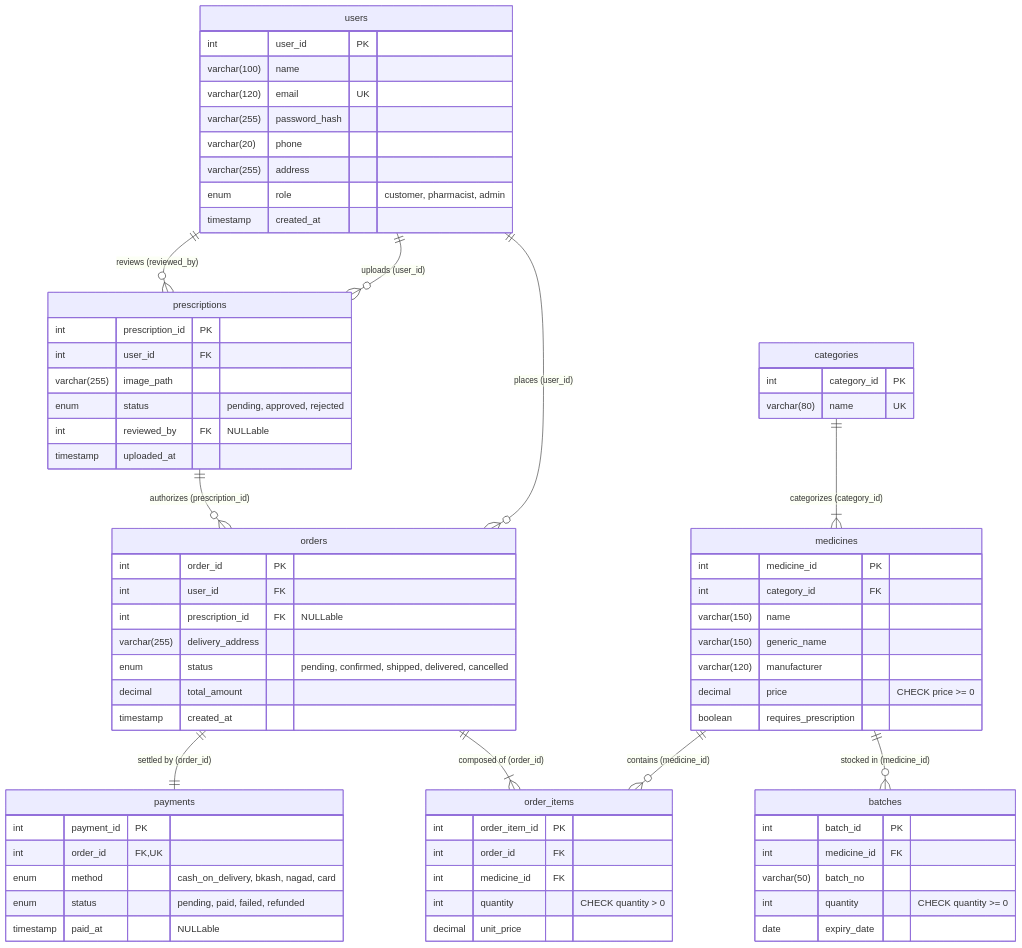
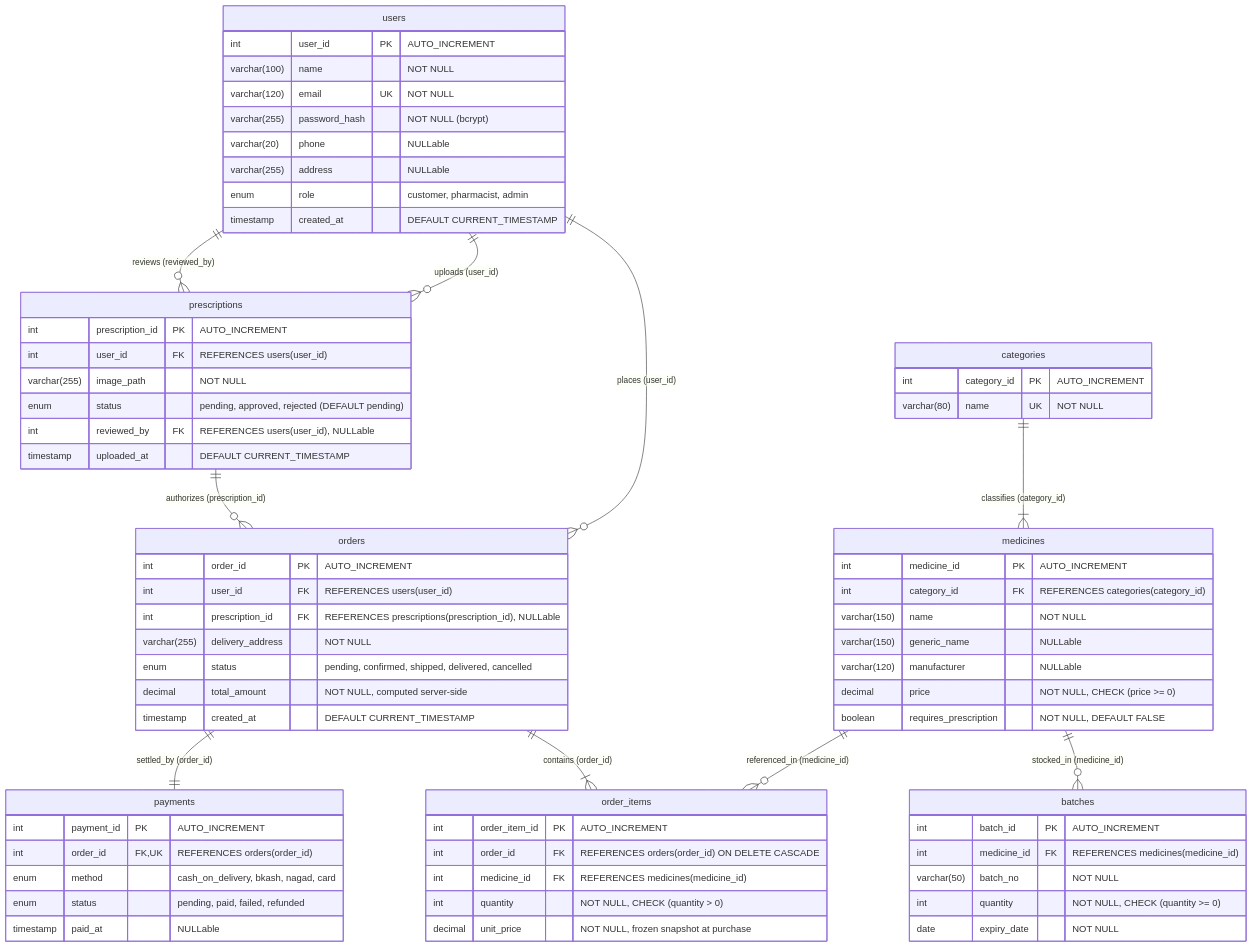
Before and after one commit to tirtha4542/pharmacare-fefo-ai: the diagram in docs/ERD.md, drawn with Mermaid. The commit also changed other lines of this file and 25 other files, not shown here.

````diff
--- a/docs/ERD.md
+++ b/docs/ERD.md
@@ -9,81 +24,81 @@
 ```mermaid
 erDiagram
     users ||--o{ prescriptions : "uploads (user_id)"
     users ||--o{ prescriptions : "reviews (reviewed_by)"
     users ||--o{ orders : "places (user_id)"
-    categories ||--|{ medicines : "categorizes (category_id)"
-    medicines ||--o{ batches : "stocked in (medicine_id)"
-    medicines ||--o{ order_items : "contains (medicine_id)"
+    categories ||--|{ medicines : "classifies (category_id)"
+    medicines ||--o{ batches : "stocked_in (medicine_id)"
+    medicines ||--o{ order_items : "referenced_in (medicine_id)"
     prescriptions ||--o{ orders : "authorizes (prescription_id)"
-    orders ||--|{ order_items : "composed of (order_id)"
-    orders ||--|| payments : "settled by (order_id)"
+    orders ||--|{ order_items : "contains (order_id)"
+    orders ||--|| payments : "settled_by (order_id)"
 
     users {
-        int user_id PK
-        varchar(100) name
-        varchar(120) email UK
-        varchar(255) password_hash
-        varchar(20) phone
-        varchar(255) address
+        int user_id PK "AUTO_INCREMENT"
+        varchar(100) name "NOT NULL"
+        varchar(120) email UK "NOT NULL"
+        varchar(255) password_hash "NOT NULL (bcrypt)"
+        varchar(20) phone "NULLable"
+        varchar(255) address "NULLable"
         enum role "customer, pharmacist, admin"
-        timestamp created_at
+        timestamp created_at "DEFAULT CURRENT_TIMESTAMP"
     }
 
     categories {
-        int category_id PK
-        varchar(80) name UK
+        int category_id PK "AUTO_INCREMENT"
+        varchar(80) name UK "NOT NULL"
     }
 
     medicines {
-        int medicine_id PK
-        int category_id FK
-        varchar(150) name
-        varchar(150) generic_name
-        varchar(120) manufacturer
-        decimal price "CHECK price >= 0"
-        boolean requires_prescription
+        int medicine_id PK "AUTO_INCREMENT"
+        int category_id FK "REFERENCES categories(category_id)"
+        varchar(150) name "NOT NULL"
+        varchar(150) generic_name "NULLable"
+        varchar(120) manufacturer "NULLable"
+        decimal price "NOT NULL, CHECK (price >= 0)"
+        boolean requires_prescription "NOT NULL, DEFAULT FALSE"
     }
 
     batches {
-        int batch_id PK
-        int medicine_id FK
-        varchar(50) batch_no
-        int quantity "CHECK quantity >= 0"
-        date expiry_date
+        int batch_id PK "AUTO_INCREMENT"
+        int medicine_id FK "REFERENCES medicines(medicine_id)"
+        varchar(50) batch_no "NOT NULL"
+        int quantity "NOT NULL, CHECK (quantity >= 0)"
+        date expiry_date "NOT NULL"
     }
 
     prescriptions {
-        int prescription_id PK
-        int user_id FK
-        varchar(255) image_path
-        enum status "pending, approved, rejected"
-        int reviewed_by FK "NULLable"
-        timestamp uploaded_at
+        int prescription_id PK "AUTO_INCREMENT"
+        int user_id FK "REFERENCES users(user_id)"
+        varchar(255) image_path "NOT NULL"
+        enum status "pending, approved, rejected (DEFAULT pending)"
+        int reviewed_by FK "REFERENCES users(user_id), NULLable"
+        timestamp uploaded_at "DEFAULT CURRENT_TIMESTAMP"
     }
 
     orders {
-        int order_id PK
-        int user_id FK
-        int prescription_id FK "NULLable"
-        varchar(255) delivery_address
+        int order_id PK "AUTO_INCREMENT"
+        int user_id FK "REFERENCES users(user_id)"
+        int prescription_id FK "REFERENCES prescriptions(prescription_id), NULLable"
+        varchar(255) delivery_address "NOT NULL"
         enum status "pending, confirmed, shipped, delivered, cancelled"
-        decimal total_amount
-        timestamp created_at
+        decimal total_amount "NOT NULL, computed server-side"
+        timestamp created_at "DEFAULT CURRENT_TIMESTAMP"
     }
 
     order_items {
-        int order_item_id PK
-        int order_id FK
-        int medicine_id FK
-        int quantity "CHECK quantity > 0"
-        decimal unit_price
+        int order_item_id PK "AUTO_INCREMENT"
+        int order_id FK "REFERENCES orders(order_id) ON DELETE CASCADE"
+        int medicine_id FK "REFERENCES medicines(medicine_id)"
+        int quantity "NOT NULL, CHECK (quantity > 0)"
+        decimal unit_price "NOT NULL, frozen snapshot at purchase"
     }
 
     payments {
-        int payment_id PK
-        int order_id FK,UK
+        int payment_id PK "AUTO_INCREMENT"
+        int order_id FK,UK "REFERENCES orders(order_id)"
         enum method "cash_on_delivery, bkash, nagad, card"
         enum status "pending, paid, failed, refunded"
         timestamp paid_at "NULLable"
     }
 ```
````
